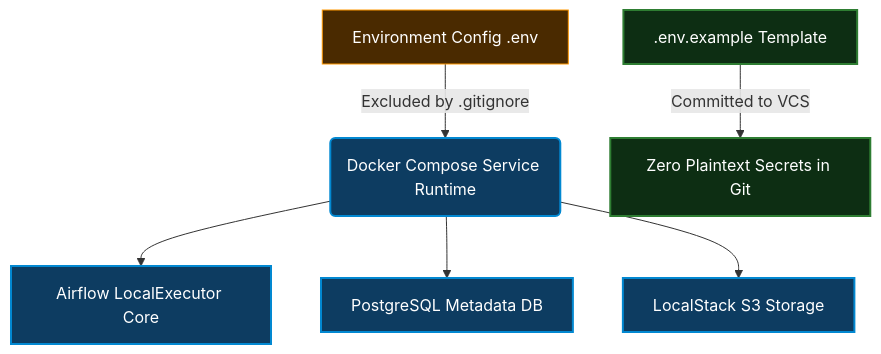
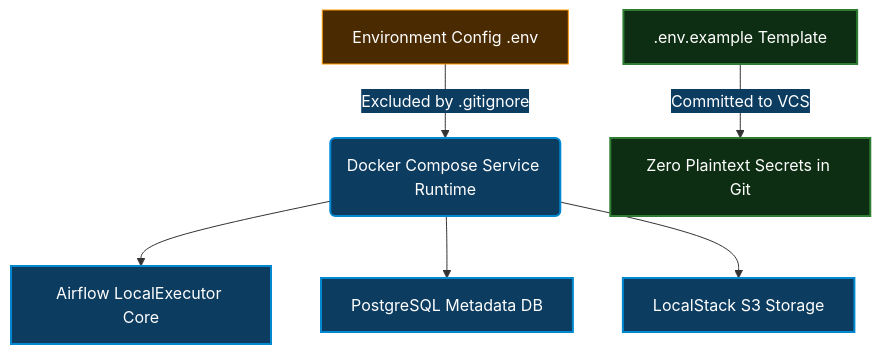
The third of 3 diagrams in README.md (arsalankazi/airflow-batch-pipeline), drawn with Mermaid before and after one commit. The commit also changed other lines of this file, not shown here.

Commit message:
fix: resolve pandas NA silent drop edge case and align telemetry messaging

````diff
--- a/README.md
+++ b/README.md
@@ -65,18 +67,19 @@
 ```mermaid
+%%{init: {'themeVariables': {'edgeLabelBackground': '#0d3c61', 'textColor': '#ffffff'}}}%%
 flowchart TD
     A[Environment Config .env] -->|Excluded by .gitignore| B(Docker Compose Service Runtime)
     C[.env.example Template] -->|Committed to VCS| D[Zero Plaintext Secrets in Git]
     B --> E[Airflow LocalExecutor Core]
     B --> F[PostgreSQL Metadata DB]
     B --> G[LocalStack S3 Storage]
 
     classDef env fill:#4a2a00,stroke:#ff9800,stroke-width:2px,color:#ffffff;
     classDef safe fill:#0d2e13,stroke:#2e7d32,stroke-width:2px,color:#ffffff;
     classDef runtime fill:#0d3c61,stroke:#0288d1,stroke-width:2px,color:#ffffff;
 
     class A env;
     class C,D safe;
     class B,E,F,G runtime;
 
     style A fill:#4a2a00,stroke:#ff9800,stroke-width:1px,color:#ffffff
 ```
````
